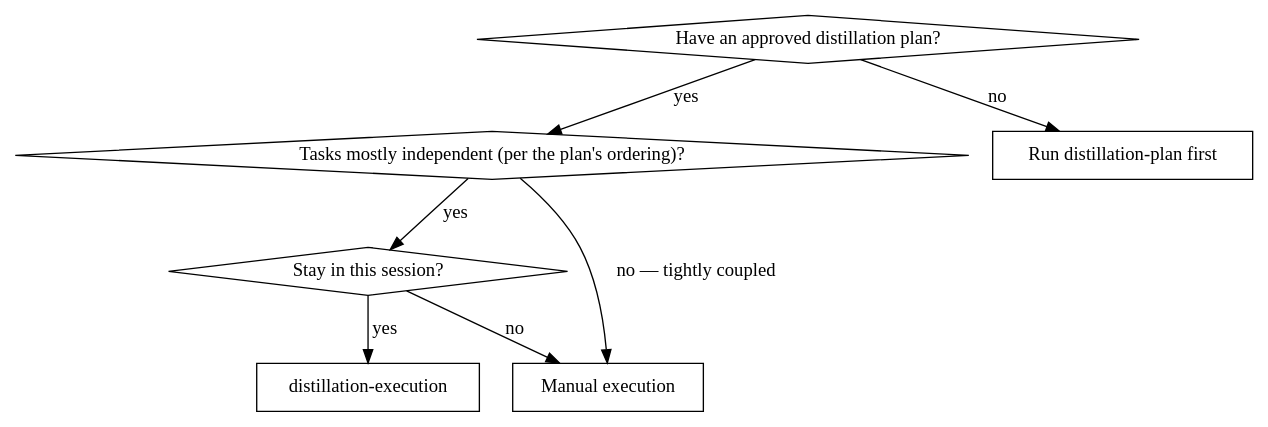
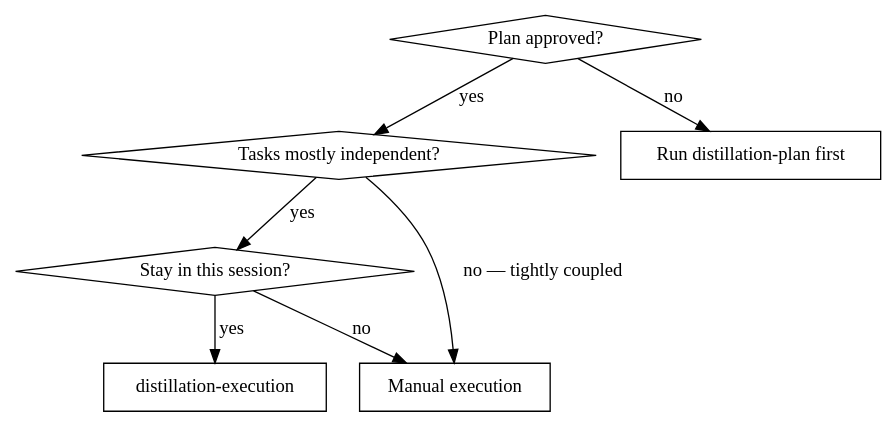
Before and after one commit to duongnghia222/code-distilling: the first of 2 diagrams in skills/distillation-execution/SKILL.md, drawn with Graphviz. The commit also changed other lines of this file and 20 other files, not shown here.

````diff
--- a/skills/distillation-execution/SKILL.md
+++ b/skills/distillation-execution/SKILL.md
@@ -18,17 +20,17 @@
 ```dot
-digraph when_to_use {
-    "Have an approved distillation plan?" [shape=diamond];
-    "Tasks mostly independent (per the plan's ordering)?" [shape=diamond];
+digraph when_execute {
+    "Plan approved?" [shape=diamond];
+    "Tasks mostly independent?" [shape=diamond];
     "Stay in this session?" [shape=diamond];
     "distillation-execution" [shape=box];
     "Manual execution" [shape=box];
     "Run distillation-plan first" [shape=box];
 
-    "Have an approved distillation plan?" -> "Tasks mostly independent (per the plan's ordering)?" [label="yes"];
-    "Have an approved distillation plan?" -> "Run distillation-plan first" [label="no"];
-    "Tasks mostly independent (per the plan's ordering)?" -> "Stay in this session?" [label="yes"];
-    "Tasks mostly independent (per the plan's ordering)?" -> "Manual execution" [label="no — tightly coupled"];
+    "Plan approved?" -> "Tasks mostly independent?" [label="yes"];
+    "Plan approved?" -> "Run distillation-plan first" [label="no"];
+    "Tasks mostly independent?" -> "Stay in this session?" [label="yes"];
+    "Tasks mostly independent?" -> "Manual execution" [label="no — tightly coupled"];
     "Stay in this session?" -> "distillation-execution" [label="yes"];
     "Stay in this session?" -> "Manual execution" [label="no"];
 }
 ```
````
